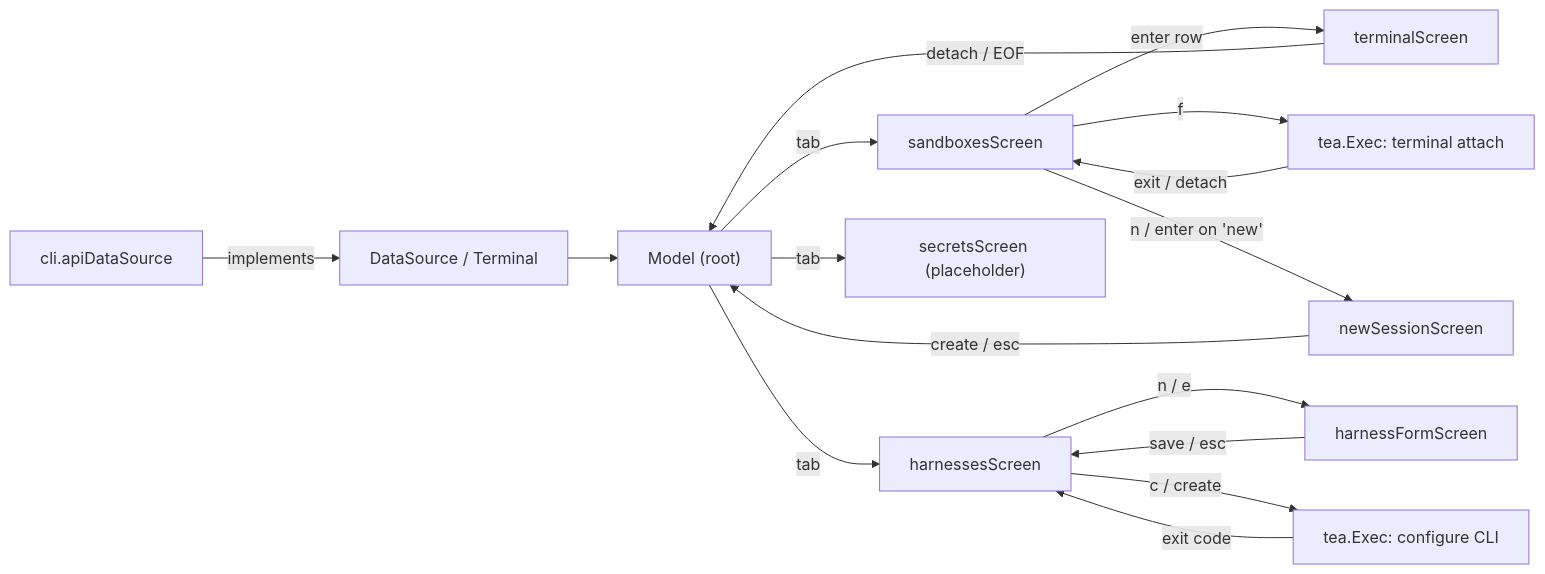
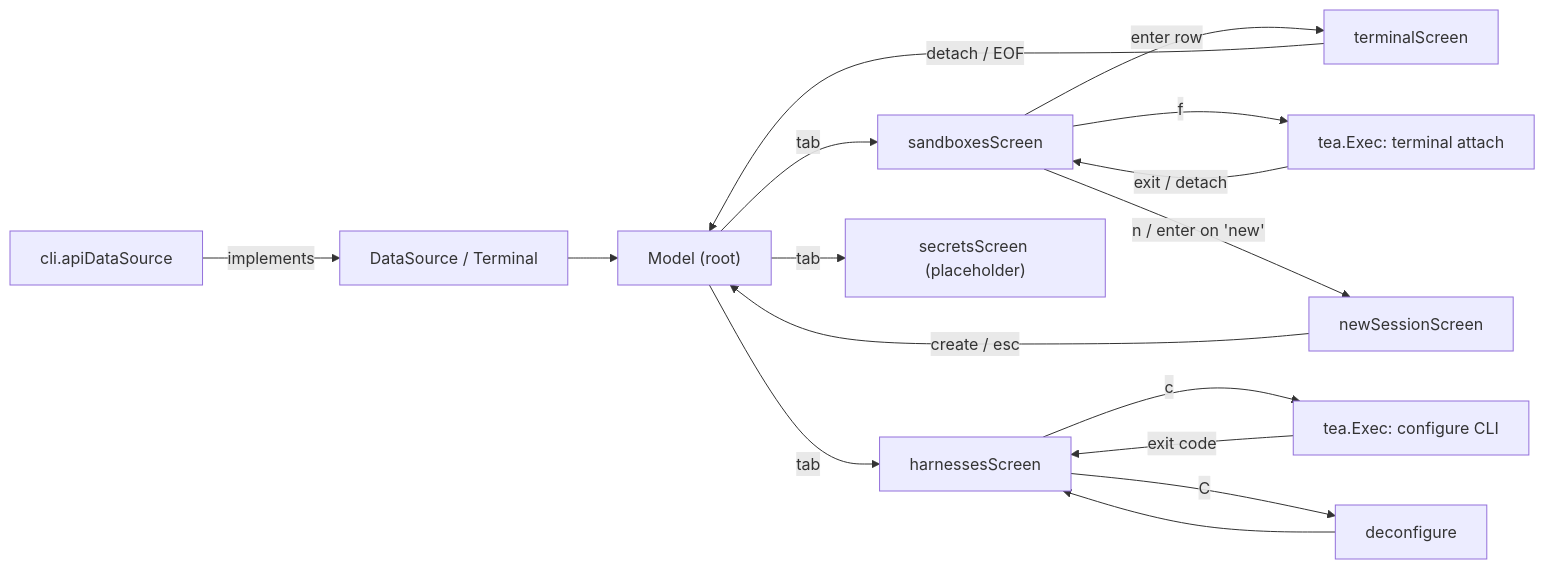
Before and after one commit to discobox-ai/discobox: the diagram in cli/internal/tui/DESIGN.md, drawn with Mermaid. The commit also changed other lines of this file and 113 other files, not shown here.

````diff
--- a/cli/internal/tui/DESIGN.md
+++ b/cli/internal/tui/DESIGN.md
@@ -11,18 +11,18 @@
 ```mermaid
 flowchart LR
     CLI["cli.apiDataSource"] -->|implements| DS["DataSource / Terminal"]
     DS --> Root["Model (root)"]
     Root -->|tab| List["sandboxesScreen"]
     Root -->|tab| Agents["harnessesScreen"]
     Root -->|tab| Secrets["secretsScreen (placeholder)"]
     List -->|enter row| Term["terminalScreen"]
     List -->|f| Fullscreen["tea.Exec: terminal attach"]
     List -->|n / enter on 'new'| Form["newSessionScreen"]
-    Agents -->|n / e| HForm["harnessFormScreen"]
-    Agents -->|c / create| Configure["tea.Exec: configure CLI"]
+    Agents -->|c| Configure["tea.Exec: configure CLI"]
+    Agents -->|C| Deconfigure["deconfigure"]
     Term -->|detach / EOF| Root
     Form -->|create / esc| Root
-    HForm -->|save / esc| Agents
     Configure -->|exit code| Agents
+    Deconfigure --> Agents
     Fullscreen -->|exit / detach| List
 ```
````
